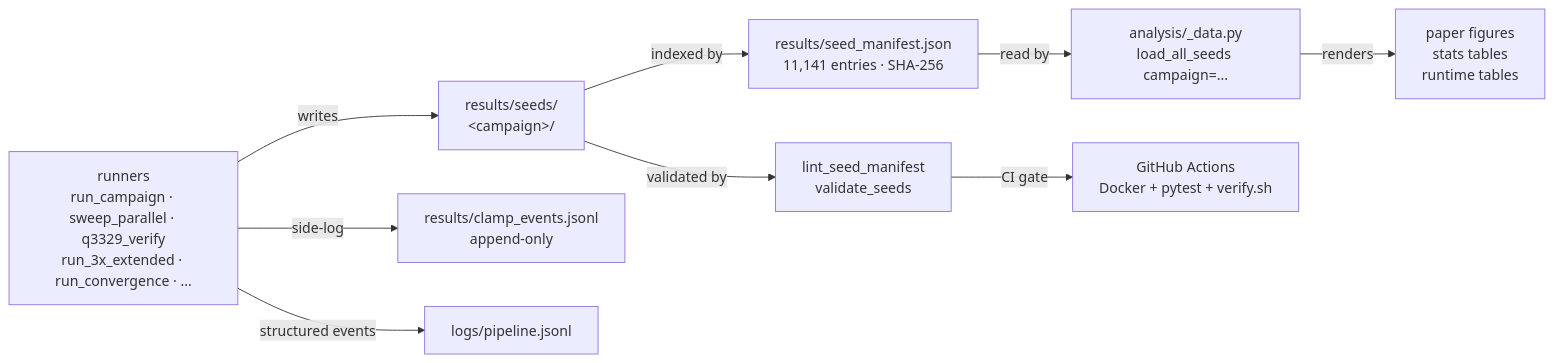
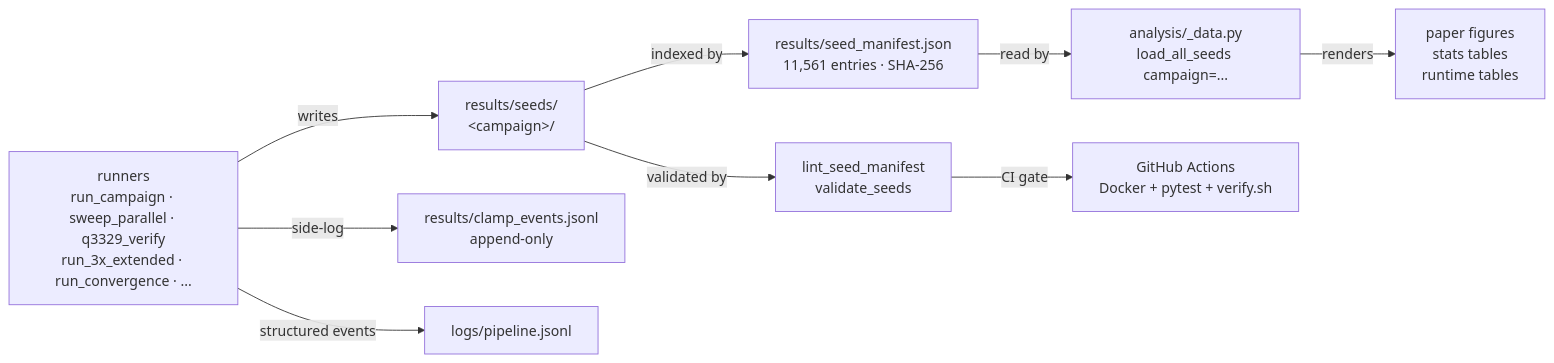
The diagram in README.md (BrendanChambersBourgeois/sdbkz-benchmark), drawn with Mermaid before and after one commit. The commit also changed other lines of this file and 421 other files, not shown here.

````diff
--- a/README.md
+++ b/README.md
@@ -68,11 +68,11 @@
 ```mermaid
 flowchart LR
   A[runners<br/>run_campaign · sweep_parallel · q3329_verify<br/>run_3x_extended · run_convergence · ...] -->|writes| B[results/seeds/<br/>&lt;campaign&gt;/]
-  B -->|indexed by| C[results/seed_manifest.json<br/>11,141 entries · SHA-256]
+  B -->|indexed by| C[results/seed_manifest.json<br/>11,561 entries · SHA-256]
   C -->|read by| D[analysis/_data.py<br/>load_all_seeds campaign=...]
   D -->|renders| E[paper figures<br/>stats tables<br/>runtime tables]
   B -->|validated by| F[lint_seed_manifest<br/>validate_seeds]
   F -->|CI gate| G[GitHub Actions<br/>Docker + pytest + verify.sh]
   A -->|side-log| H[results/clamp_events.jsonl<br/>append-only]
   A -->|structured events| I[logs/pipeline.jsonl]
 ```
````
